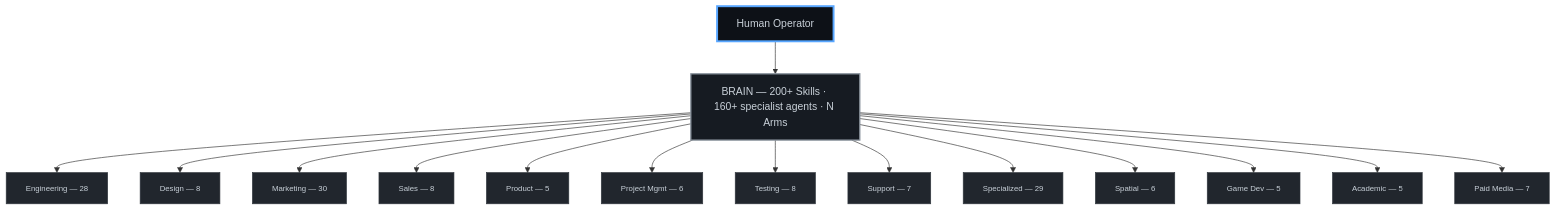
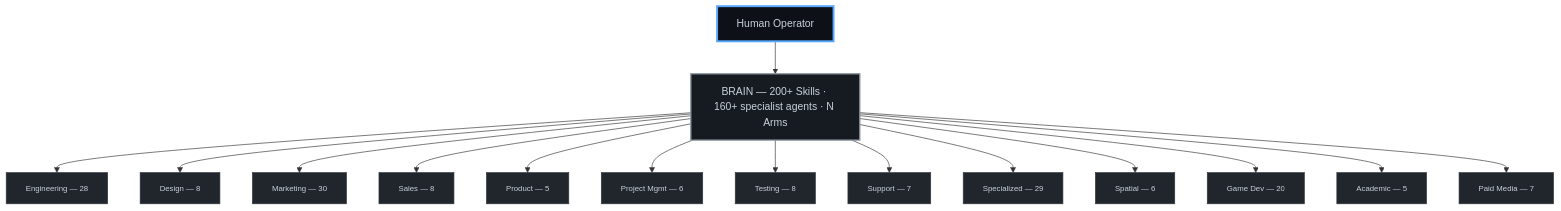
One commit to CarlosCaPe/octorato changed the diagram in README.md. Above: the diagram before and after it, drawn with Mermaid. The commit also changed other lines of this file and 3 other files, not shown here.

First line of the commit message:
docs(brain): v3.1.0 Reflexes — changelog, README/WHITEPAPER refresh, stale-diagram fixes (#103)

````diff
--- a/README.md
+++ b/README.md
@@ -601,24 +611,24 @@
 ```mermaid
 graph TB
     classDef ceo fill:#0D1117,stroke:#58A6FF,stroke-width:3px,color:#C9D1D9
     classDef brain fill:#161B22,stroke:#8B949E,stroke-width:2px,color:#C9D1D9
     classDef div fill:#21262D,stroke:#30363D,stroke-width:1px,color:#C9D1D9,font-size:12px
 
     CEO["Human Operator"]:::ceo
     BRAIN["BRAIN — 200+ Skills · 160+ specialist agents · N Arms"]:::brain
     CEO --> BRAIN
 
     BRAIN --> ENG["Engineering — 28"]:::div
     BRAIN --> DES["Design — 8"]:::div
     BRAIN --> MKT["Marketing — 30"]:::div
     BRAIN --> SAL["Sales — 8"]:::div
     BRAIN --> PRD["Product — 5"]:::div
     BRAIN --> PM["Project Mgmt — 6"]:::div
     BRAIN --> TST["Testing — 8"]:::div
     BRAIN --> SUP["Support — 7"]:::div
     BRAIN --> SPC["Specialized — 29"]:::div
     BRAIN --> XR["Spatial — 6"]:::div
-    BRAIN --> GMD["Game Dev — 5"]:::div
+    BRAIN --> GMD["Game Dev — 20"]:::div
     BRAIN --> ACD["Academic — 5"]:::div
     BRAIN --> PMA["Paid Media — 7"]:::div
 ```
````
